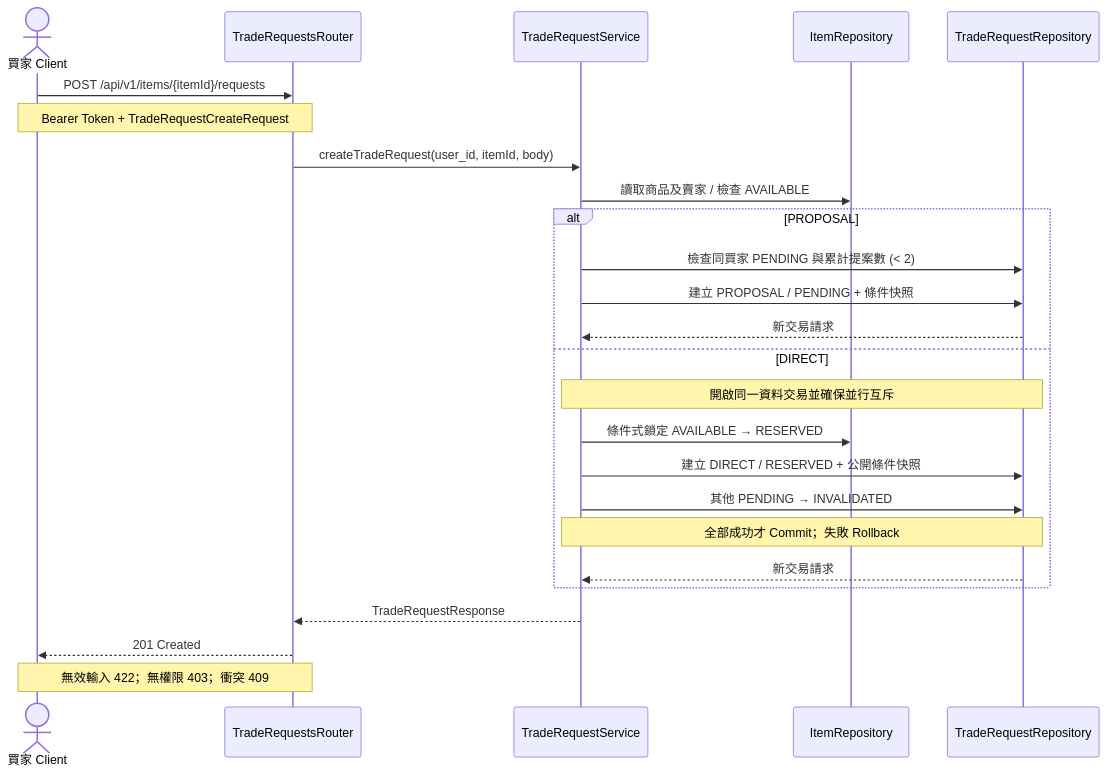
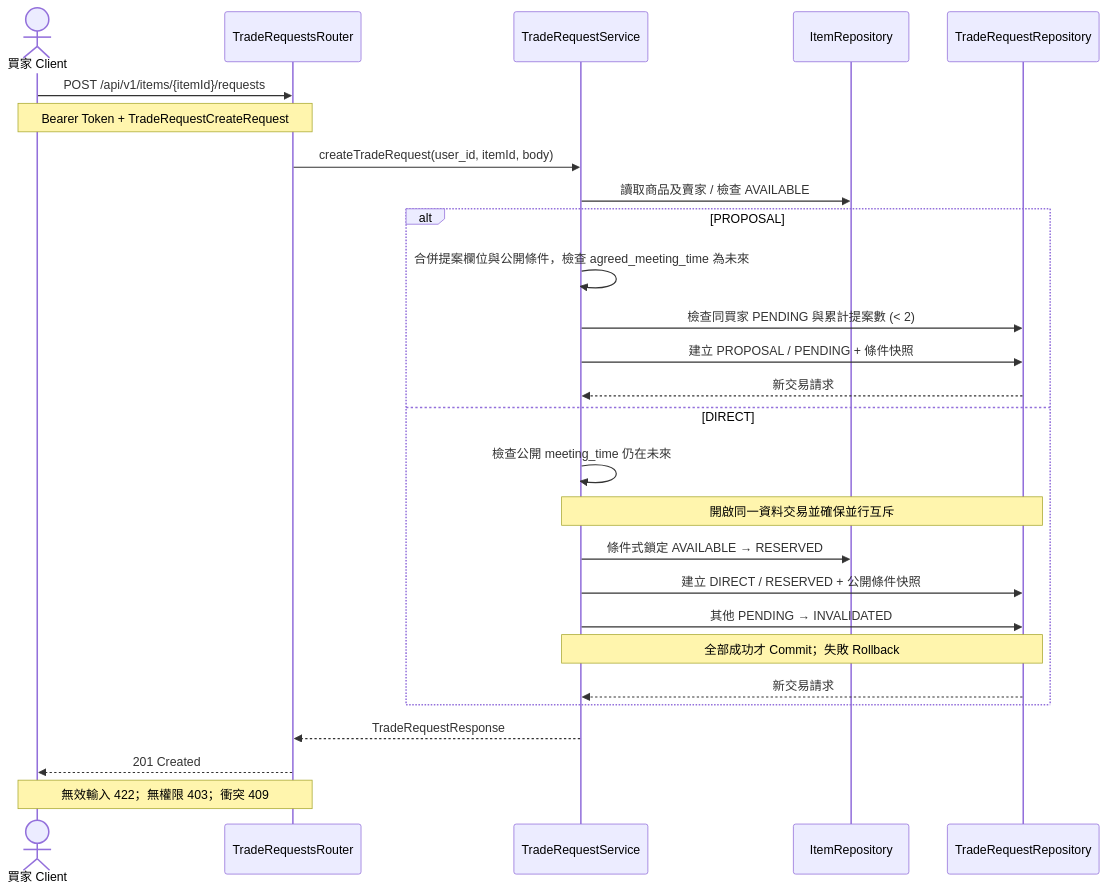
The second of 3 diagrams in docs/04-architecture-data-model.md (tzuhan099/campus-secondhand-service), drawn with Mermaid before and after one commit. The commit also changed other lines of this file and 5 other files, not shown here.

````diff
--- a/docs/04-architecture-data-model.md
+++ b/docs/04-architecture-data-model.md
@@ -53,27 +53,29 @@
 ```mermaid
 sequenceDiagram
     actor B as 買家 Client
     participant R as TradeRequestsRouter
     participant S as TradeRequestService
     participant IR as ItemRepository
     participant TR as TradeRequestRepository
     B->>R: POST /api/v1/items/{itemId}/requests
     Note over B,R: Bearer Token + TradeRequestCreateRequest
     R->>S: createTradeRequest(user_id, itemId, body)
     S->>IR: 讀取商品及賣家 / 檢查 AVAILABLE
     alt PROPOSAL
+        S->>S: 合併提案欄位與公開條件，檢查 agreed_meeting_time 為未來
         S->>TR: 檢查同買家 PENDING 與累計提案數 (< 2)
         S->>TR: 建立 PROPOSAL / PENDING + 條件快照
         TR-->>S: 新交易請求
     else DIRECT
+        S->>S: 檢查公開 meeting_time 仍在未來
         Note over S,TR: 開啟同一資料交易並確保並行互斥
         S->>IR: 條件式鎖定 AVAILABLE → RESERVED
         S->>TR: 建立 DIRECT / RESERVED + 公開條件快照
         S->>TR: 其他 PENDING → INVALIDATED
         Note over S,TR: 全部成功才 Commit；失敗 Rollback
         TR-->>S: 新交易請求
     end
     S-->>R: TradeRequestResponse
     R-->>B: 201 Created
     Note over R,B: 無效輸入 422；無權限 403；衝突 409
 ```
````
